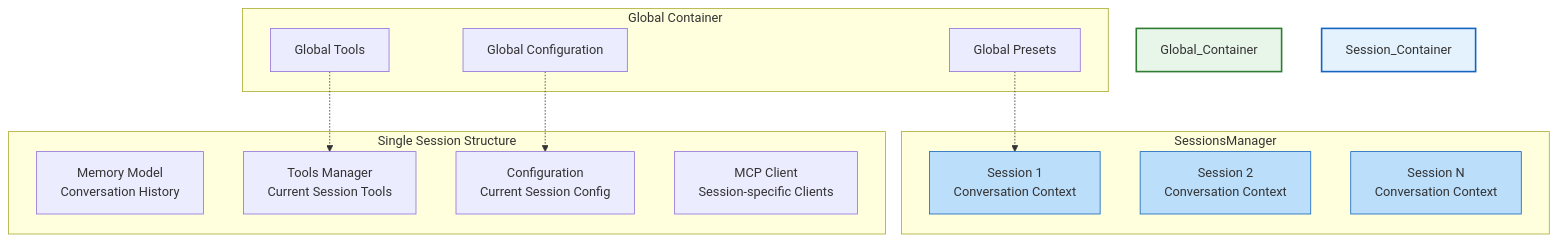
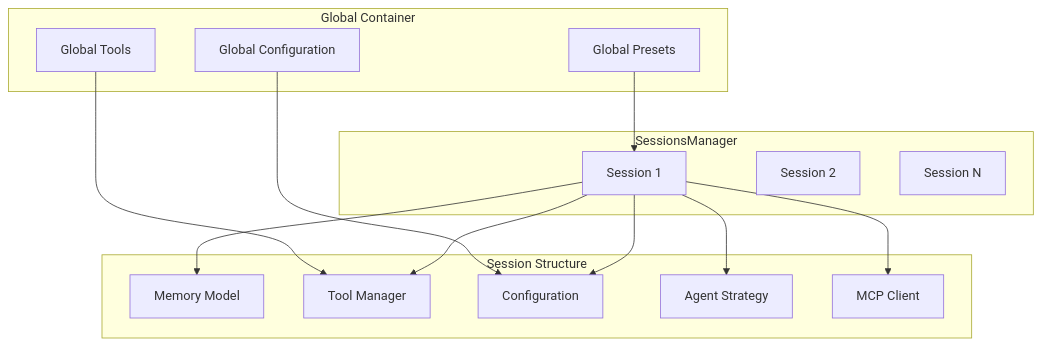
The second of 4 diagrams in docs/guide/getting-started/architecture.md (AmritaBot/AmritaCore), drawn with Mermaid before and after one commit. The commit also changed other lines of this file and 43 other files, not shown here.

First line of the commit message:
Add AgentRuntime and strategy-based agent execution (#27)

````diff
--- a/docs/guide/getting-started/architecture.md
+++ b/docs/guide/getting-started/architecture.md
@@ -46,31 +57,32 @@
 ```mermaid
 graph TB
     subgraph "Global Container"
         G_Tools[Global Tools]
         G_Presets[Global Presets]
         G_Config[Global Configuration]
     end
 
     subgraph "SessionsManager"
-        S1[Session 1<br/>Conversation Context]
-        S2[Session 2<br/>Conversation Context]
-        SN[Session N<br/>Conversation Context]
+        S1[Session 1]
+        S2[Session 2]
+        SN[Session N]
     end
 
-    subgraph "Single Session Structure"
-        Mem[Memory Model<br/>Conversation History]
-        Tools[Tools Manager<br/>Current Session Tools]
-        Conf[Configuration<br/>Current Session Config]
-        MCP[MCP Client<br/>Session-specific Clients]
+    subgraph "Session Structure"
+        Mem[Memory Model]
+        Tools[Tool Manager]
+        Conf[Configuration]
+        Strat[Agent Strategy]
+        MCP_Client[MCP Client]
     end
 
-    G_Tools -.-> Tools
-    G_Presets -.-> S1
-    G_Config -.-> Conf
+    G_Tools --> Tools
+    G_Presets --> S1
+    G_Config --> Conf
 
-    style Global_Container fill:#e8f5e9,stroke:#2e7d32,stroke-width:2px
-    style Session_Container fill:#e3f2fd,stroke:#1565c0,stroke-width:2px
-    style S1 fill:#bbdefb,stroke:#1565c0,stroke-width:1px
-    style S2 fill:#bbdefb,stroke:#1565c0,stroke-width:1px
-    style SN fill:#bbdefb,stroke:#1565c0,stroke-width:1px
+    S1 --> Mem
+    S1 --> Tools
+    S1 --> Conf
+    S1 --> Strat
+    S1 --> MCP_Client
 ```
````
